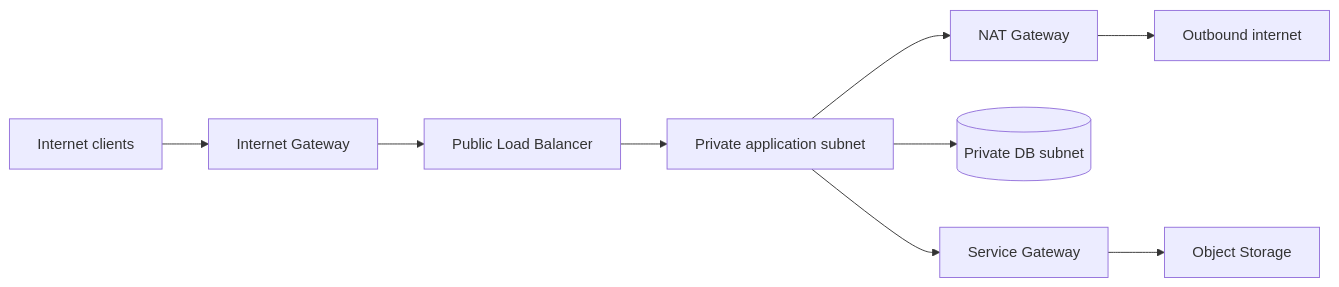
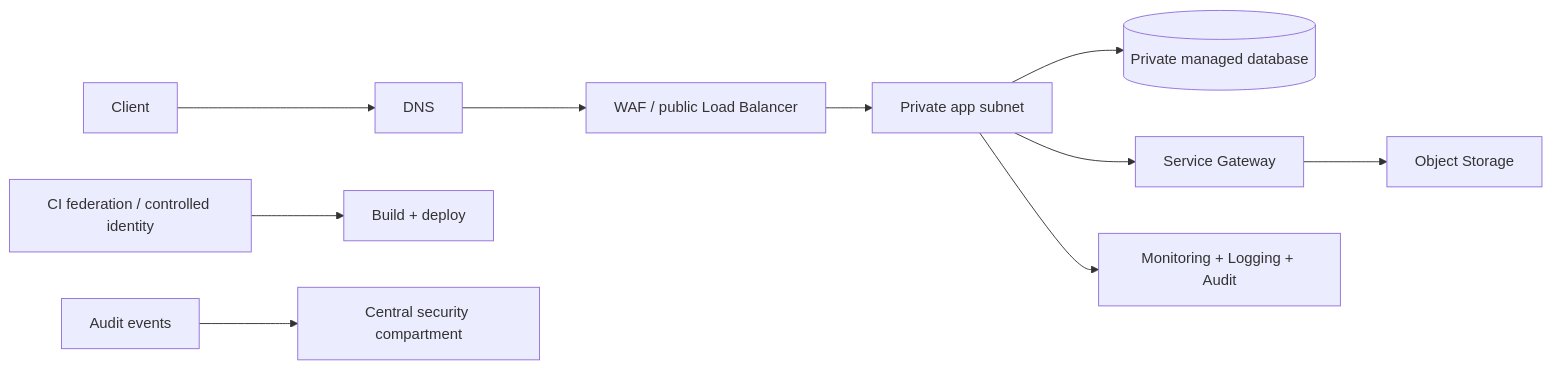
One commit to Shasi19/DevSecOps changed the diagram in notes/oci/README.md. Above: the diagram before and after it, drawn with Mermaid. The commit also changed other lines of this file and 78 other files, not shown here.

````diff
--- a/notes/oci/README.md
+++ b/notes/oci/README.md
@@ -13,11 +17,12 @@
 ```mermaid
 flowchart LR
-  U[Internet clients] --> IGW[Internet Gateway]
-  IGW --> LB[Public Load Balancer]
-  LB --> APP[Private application subnet]
-  APP --> NAT[NAT Gateway]
-  NAT --> OUT[Outbound internet]
-  APP --> DB[(Private DB subnet)]
-  APP --> OSN[Service Gateway]
-  OSN --> OBJ[Object Storage]
+  User[Client] --> DNS[DNS]
+  DNS --> WAF[WAF / public Load Balancer]
+  WAF --> App[Private app subnet]
+  App --> DB[(Private managed database)]
+  App --> OSN[Service Gateway]
+  OSN --> Object[Object Storage]
+  CI[CI federation / controlled identity] --> OCIDevOps[Build + deploy]
+  App --> Telemetry[Monitoring + Logging + Audit]
+  Audit[Audit events] --> Security[Central security compartment]
 ```
````
